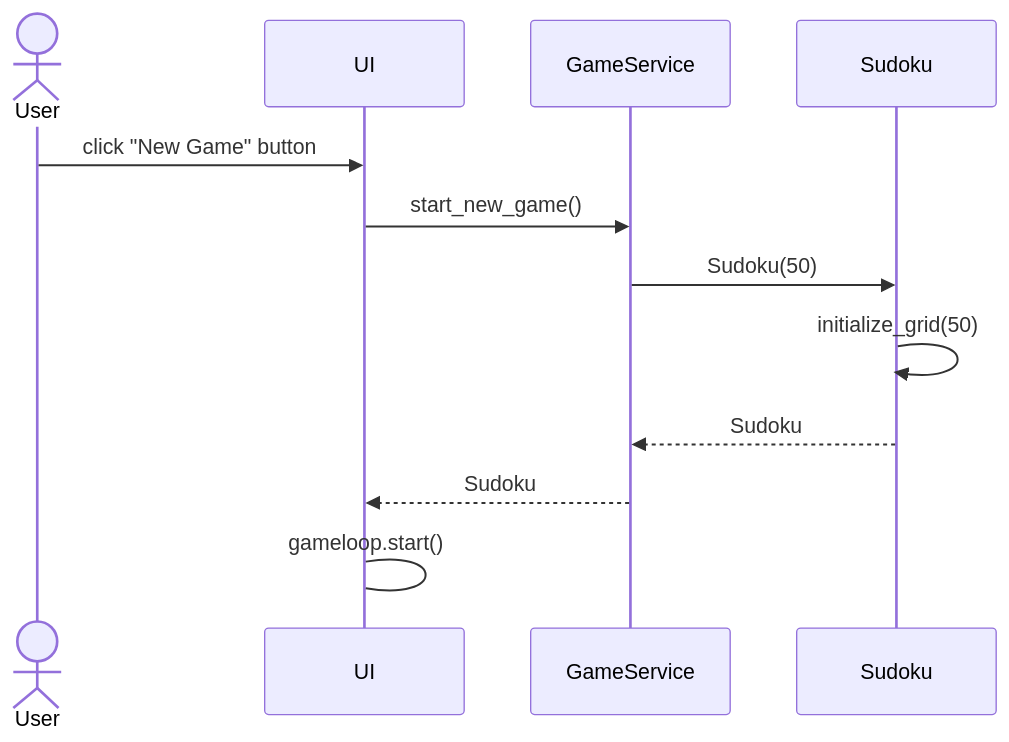
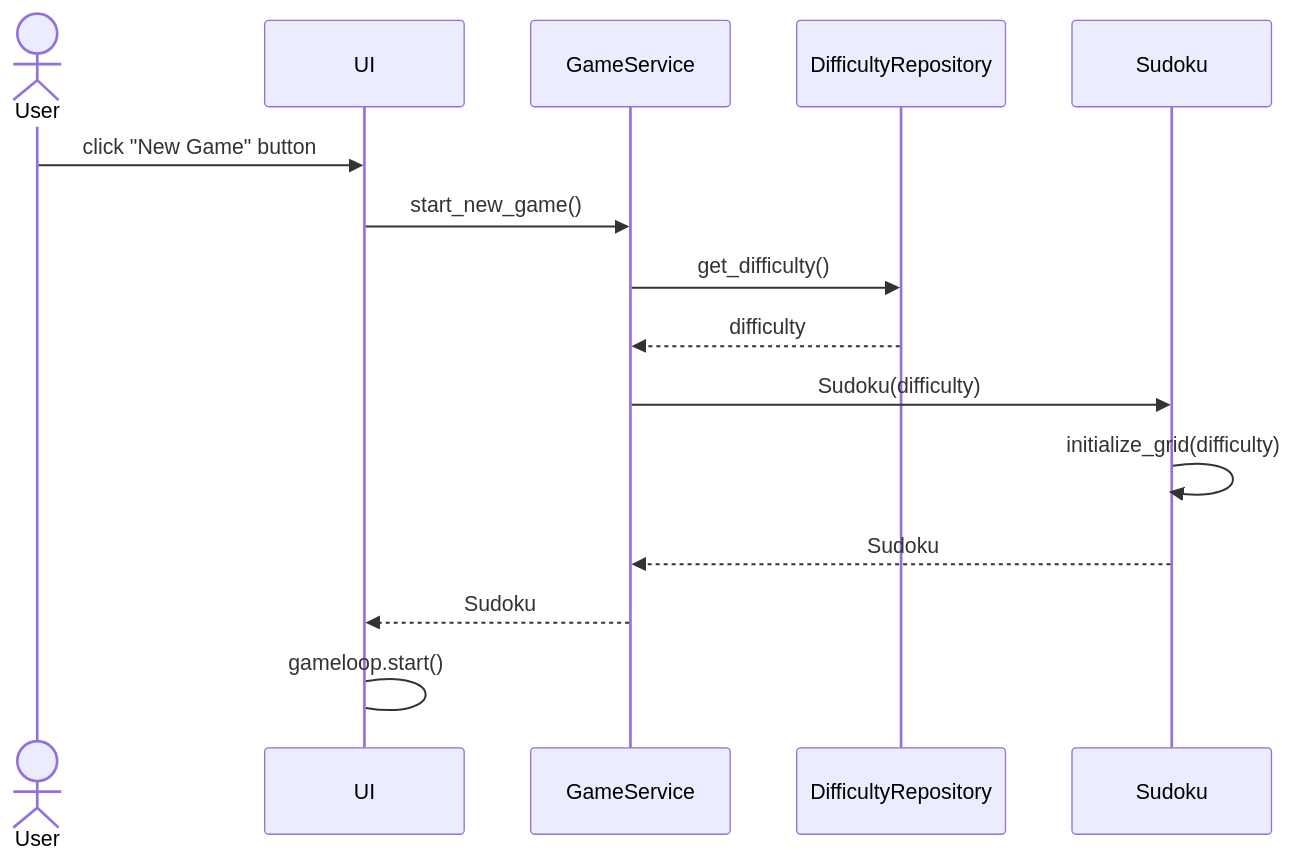
One commit to nikomakir/ot-harjoitustyo changed the second of 4 diagrams in dokumentaatio/arkkitehtuuri.md. Above: the diagram before and after it, drawn with Mermaid.

````diff
--- a/dokumentaatio/arkkitehtuuri.md
+++ b/dokumentaatio/arkkitehtuuri.md
@@ -76,12 +76,14 @@
 ```mermaid
 sequenceDiagram
    actor User
    User->>UI: click "New Game" button
    UI->>GameService: start_new_game()
-   GameService->>Sudoku: Sudoku(50)
-   Sudoku->>Sudoku: initialize_grid(50)
+   GameService->>DifficultyRepository: get_difficulty()
+   DifficultyRepository-->>GameService: difficulty
+   GameService->>Sudoku: Sudoku(difficulty)
+   Sudoku->>Sudoku: initialize_grid(difficulty)
    Sudoku-->>GameService: Sudoku
    GameService-->>UI: Sudoku
    UI->UI: gameloop.start()
    
 ```
````
